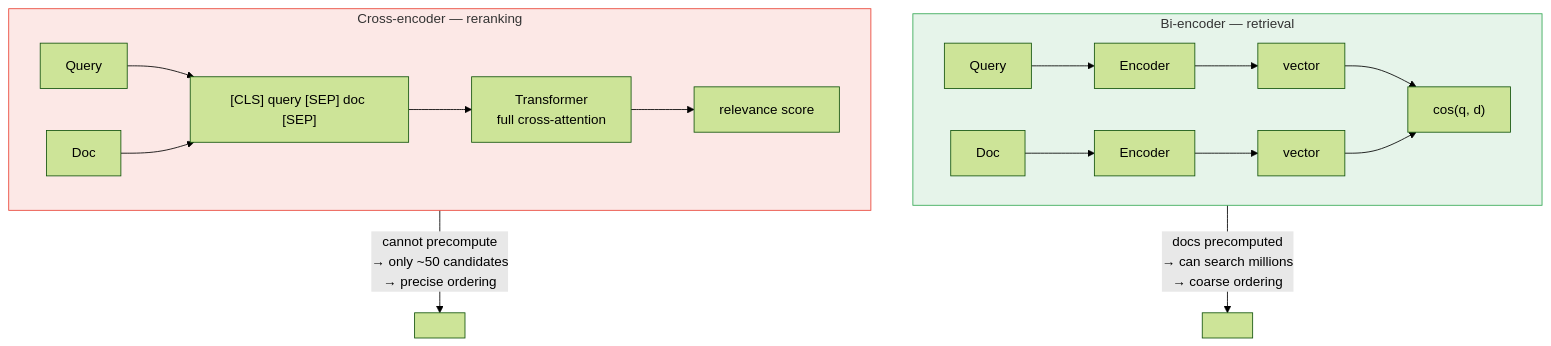
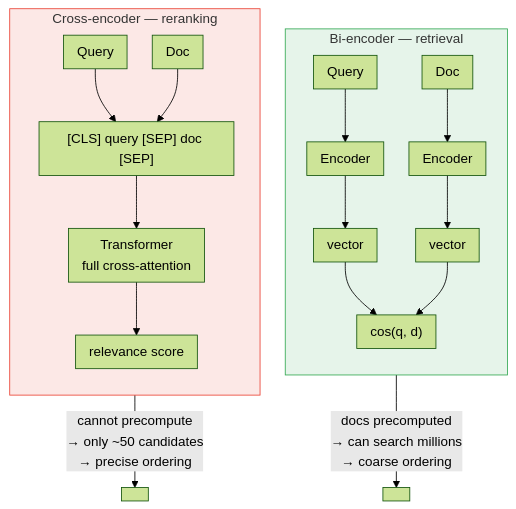
One commit to fibaneza/public-tmp changed the first of 2 diagrams in rag/RAG_Reranking.adoc. Above: the diagram before and after it, drawn with Mermaid (forest theme). The commit also changed other lines of this file and 19 other files, not shown here.

Commit message:
feat: add RAG observability guide, standardize mermaid diagrams, and update cross-references throughout documentation

```diff
--- a/rag/RAG_Reranking.adoc
+++ b/rag/RAG_Reranking.adoc
@@ -22,24 +22,25 @@
 [mermaid]
 ....
+%%{init: {"flowchart": {"nodeSpacing": 30, "rankSpacing": 38, "padding": 8}} }%%
 flowchart TB
     subgraph BI["Bi-encoder — retrieval"]
-        direction LR
+        direction TB
         BQ[Query] --> BE1[Encoder] --> BV1[vector]
         BD[Doc] --> BE2[Encoder] --> BV2[vector]
         BV1 --> COS["cos(q, d)"]
         BV2 --> COS
     end
 
     subgraph CE["Cross-encoder — reranking"]
-        direction LR
+        direction TB
         CQ[Query] --> CAT["[CLS] query [SEP] doc [SEP]"]
         CD[Doc] --> CAT
         CAT --> ENC[Transformer<br/>full cross-attention] --> SC[relevance score]
     end
 
     BI -->|"docs precomputed<br/>→ can search millions<br/>→ coarse ordering"| U1[ ]
     CE -->|"cannot precompute<br/>→ only ~50 candidates<br/>→ precise ordering"| U2[ ]
 
     style BI fill:#e6f4ea,stroke:#34a853
     style CE fill:#fce8e6,stroke:#ea4335
 ....
```
